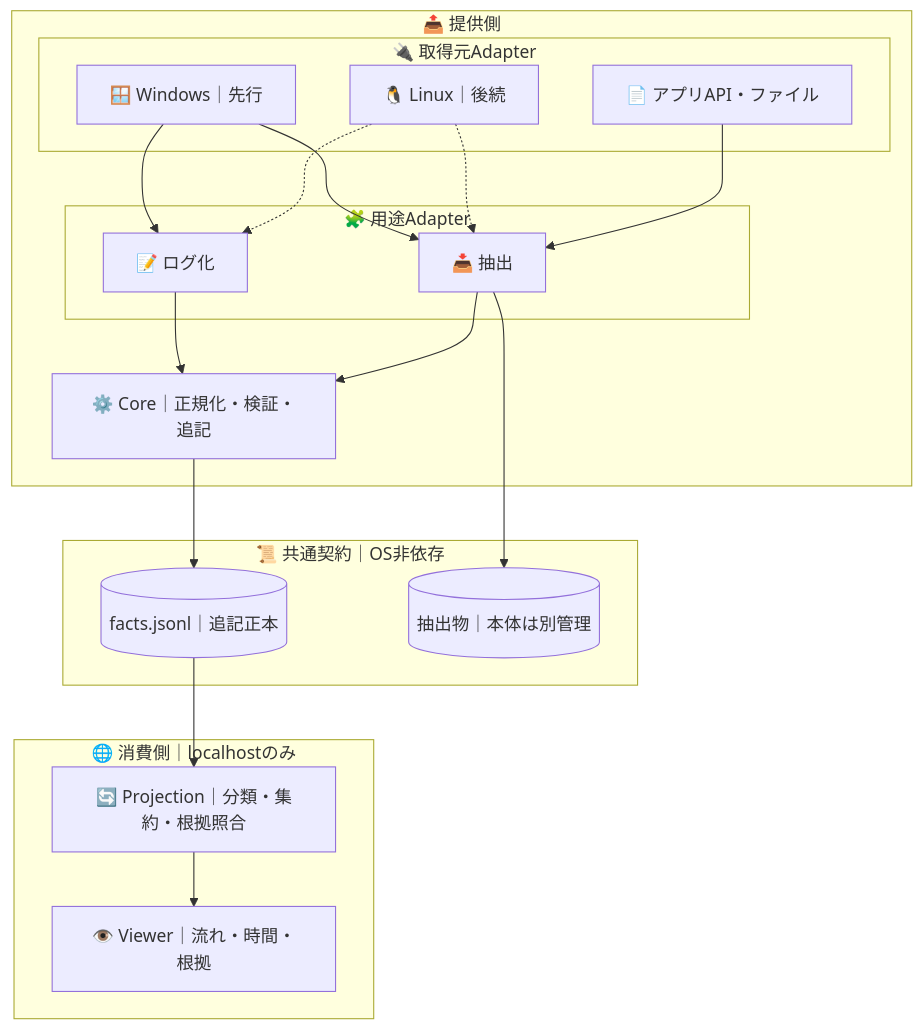
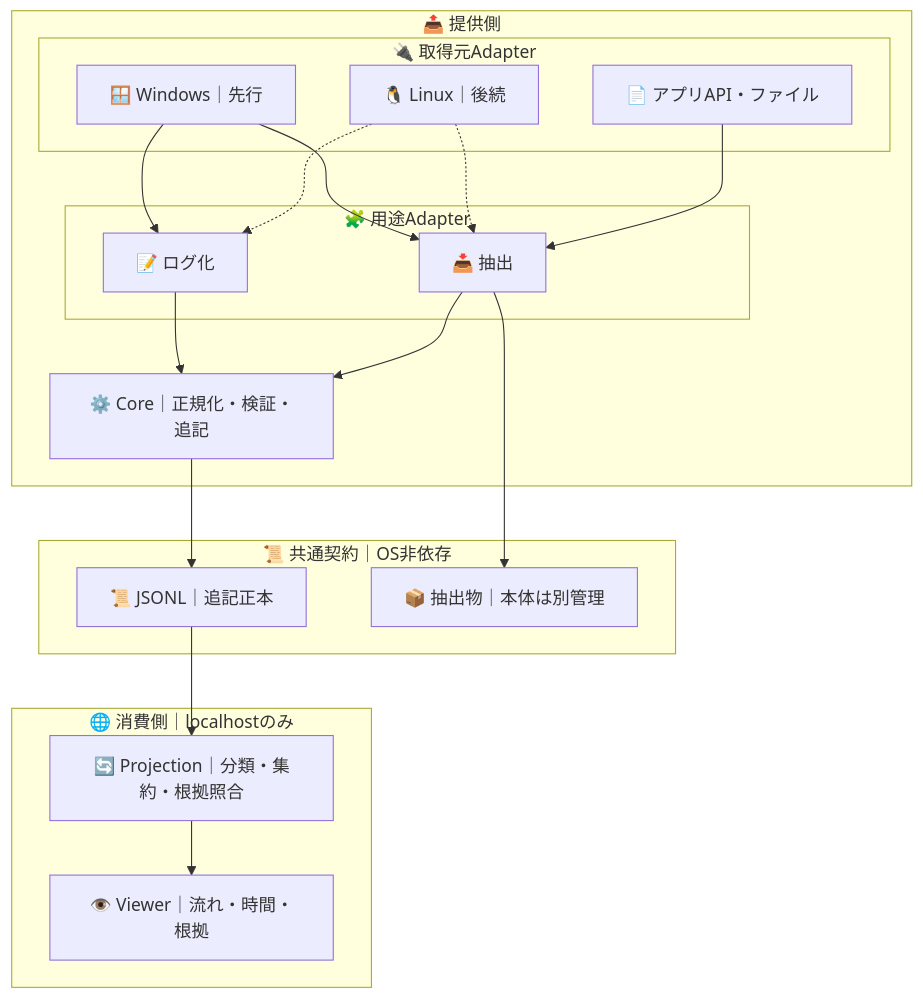
Before and after one commit to roccho-dev/visions: the diagram in README.md, drawn with Mermaid. The commit also changed other lines of this file and 25 other files, not shown here.

````diff
--- a/README.md
+++ b/README.md
@@ -15,31 +21,31 @@
 ```mermaid
 flowchart TB
   subgraph PROVIDER["📤 提供側"]
     subgraph SOURCE["🔌 取得元Adapter"]
       WIN["🪟 Windows｜先行"]
       LIN["🐧 Linux｜後続"]
       FILE["📄 アプリAPI・ファイル"]
     end
     subgraph MODE["🧩 用途Adapter"]
       LOG["📝 ログ化"]
       EXT["📥 抽出"]
     end
     CORE["⚙️ Core｜正規化・検証・追記"]
     WIN --> LOG & EXT
     LIN -.-> LOG & EXT
     FILE --> EXT
     LOG & EXT --> CORE
   end
   subgraph DATA["📜 共通契約｜OS非依存"]
-    FACT[("facts.jsonl｜追記正本")]
-    ART[("抽出物｜本体は別管理")]
+    FACT["📜 JSONL｜追記正本"]
+    ART["📦 抽出物｜本体は別管理"]
   end
   subgraph CONSUMER["🌐 消費側｜localhostのみ"]
     PROJ["🔄 Projection｜分類・集約・根拠照合"]
     VIEW["👁️ Viewer｜流れ・時間・根拠"]
     PROJ --> VIEW
   end
   CORE --> FACT
   EXT --> ART
   FACT --> PROJ
 ```
````
